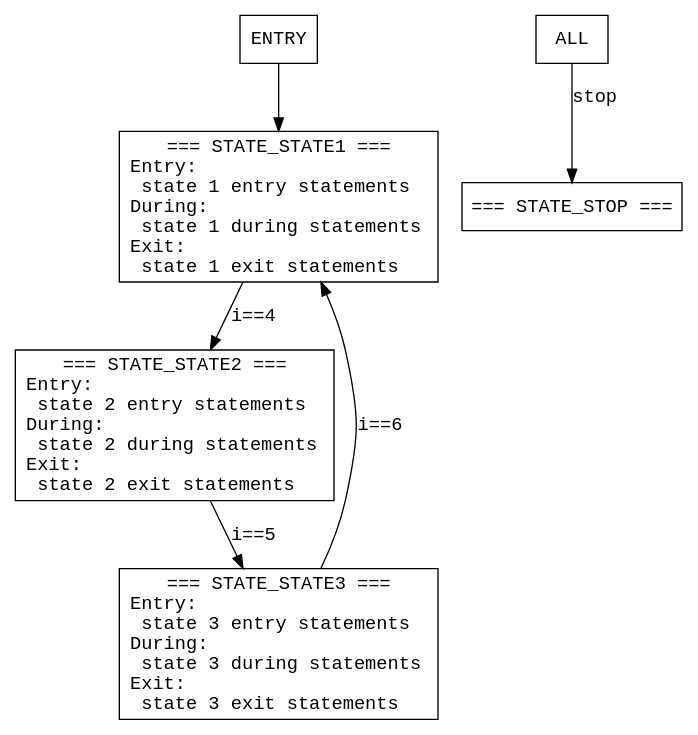
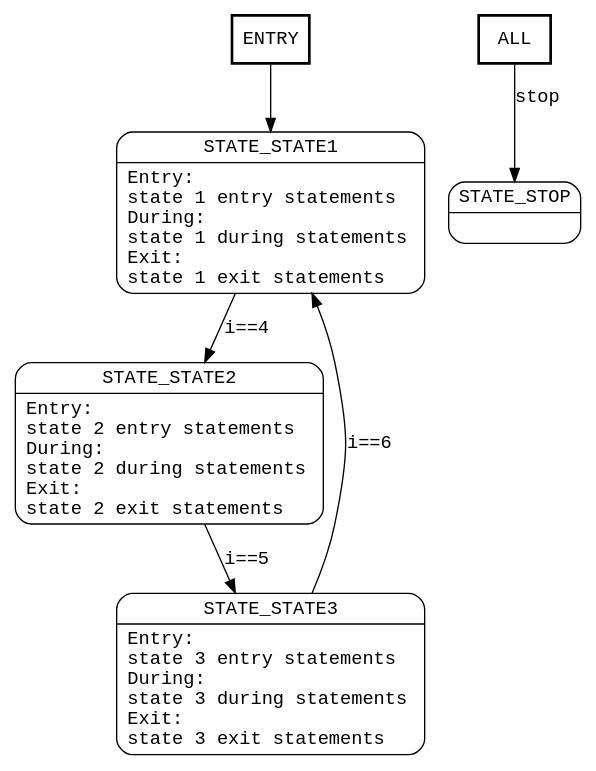
The diagram in fsm.dot (mfilippa/fsm), drawn with Graphviz before and after one commit. The commit also changed 3 other files, not shown here.

Commit message:
updated graph based on latest fsm_graph build

```diff
--- a/fsm.dot
+++ b/fsm.dot
@@ -1,14 +1,14 @@
 digraph G {
-    node [shape=box,fontname=courier];
-    ENTRY [label="ENTRY"];
+    node [shape=Mrecord,fontname=courier];
+    ENTRY [shape=box,style=bold,label="ENTRY"];
     ENTRY -> STATE_STATE1;
-    STATE_STATE1 [label="=== STATE_STATE1 ===\nEntry:\l  state 1 entry statements\lDuring:\l  state 1 during statements\lExit:\l  state 1 exit statements\l"];
-    STATE_STATE2 [label="=== STATE_STATE2 ===\nEntry:\l  state 2 entry statements\lDuring:\l  state 2 during statements\lExit:\l  state 2 exit statements\l"];
-    STATE_STATE3 [label="=== STATE_STATE3 ===\nEntry:\l  state 3 entry statements\lDuring:\l  state 3 during statements\lExit:\l  state 3 exit statements\l"];
-    STATE_STOP [label="=== STATE_STOP ===\n"];
-    ALL [label="ALL"];
+    STATE_STATE1 [label="{STATE_STATE1|Entry:\l  state 1 entry statements\lDuring:\l  state 1 during statements\lExit:\l  state 1 exit statements\l}"];
+    STATE_STATE2 [label="{STATE_STATE2|Entry:\l  state 2 entry statements\lDuring:\l  state 2 during statements\lExit:\l  state 2 exit statements\l}"];
+    STATE_STATE3 [label="{STATE_STATE3|Entry:\l  state 3 entry statements\lDuring:\l  state 3 during statements\lExit:\l  state 3 exit statements\l}"];
+    STATE_STOP [label="{STATE_STOP|}"];
+    ALL [shape=box,style=bold,label="ALL"];
     ALL -> STATE_STOP [fontname=courier,label="stop"];
     STATE_STATE1 -> STATE_STATE2 [fontname=courier,label="i==4"];
     STATE_STATE2 -> STATE_STATE3 [fontname=courier,label="i==5"];
     STATE_STATE3 -> STATE_STATE1 [fontname=courier,label="i==6"];
 }
```
